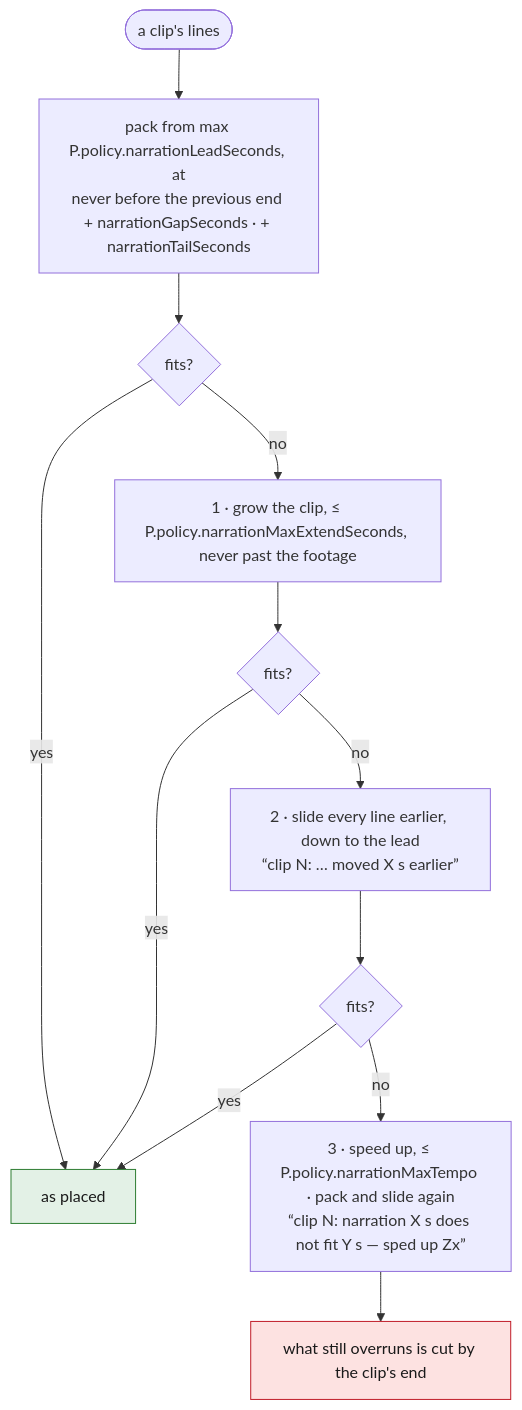
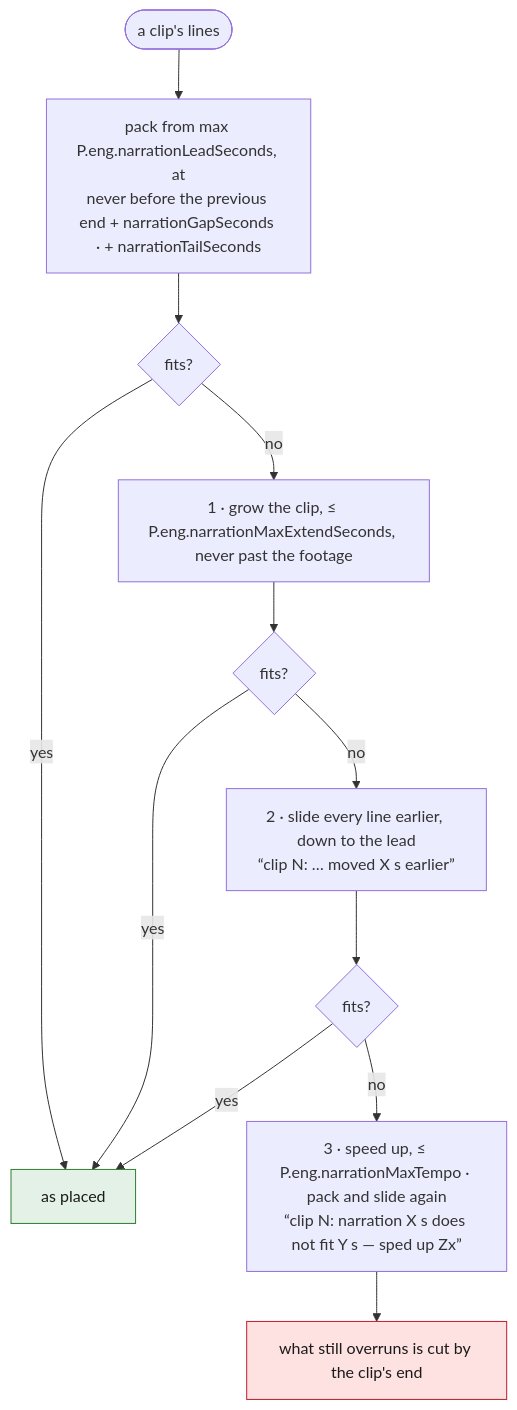
One commit to tbocek/naivepost changed the third of 8 diagrams in spec/07-narrate.md. Above: the diagram before and after it, drawn with Mermaid. The commit also changed other lines of this file and 16 other files, not shown here.

````diff
--- a/spec/07-narrate.md
+++ b/spec/07-narrate.md
@@ -90,17 +90,17 @@
 ```mermaid
 flowchart TD
-  A(["a clip's lines"]) --> P["pack from max P.policy.narrationLeadSeconds, at<br/>never before the previous end + narrationGapSeconds · + narrationTailSeconds"]
+  A(["a clip's lines"]) --> P["pack from max P.eng.narrationLeadSeconds, at<br/>never before the previous end + narrationGapSeconds · + narrationTailSeconds"]
   P --> F{"fits?"}
   F -- yes --> OK["as placed"]:::done
-  F -- no --> G["1 · grow the clip, ≤ P.policy.narrationMaxExtendSeconds, never past the footage"]
+  F -- no --> G["1 · grow the clip, ≤ P.eng.narrationMaxExtendSeconds, never past the footage"]
   G --> F2{"fits?"}
   F2 -- yes --> OK
   F2 -- no --> SL["2 · slide every line earlier, down to the lead<br/>“clip N: … moved X s earlier”"]
   SL --> F3{"fits?"}
   F3 -- yes --> OK
-  F3 -- no --> SP["3 · speed up, ≤ P.policy.narrationMaxTempo · pack and slide again<br/>“clip N: narration X s does not fit Y s — sped up Zx”"]
+  F3 -- no --> SP["3 · speed up, ≤ P.eng.narrationMaxTempo · pack and slide again<br/>“clip N: narration X s does not fit Y s — sped up Zx”"]
   SP --> CUT["what still overruns is cut by the clip's end"]:::refuse
   classDef refuse fill:#fde2e1,stroke:#c01c28,color:#1a1a1a
   classDef done fill:#e3f1e6,stroke:#2e7d32,color:#1a1a1a
   classDef ask fill:#e8eefc,stroke:#3a63c8,color:#1a1a1a
 ```
````
